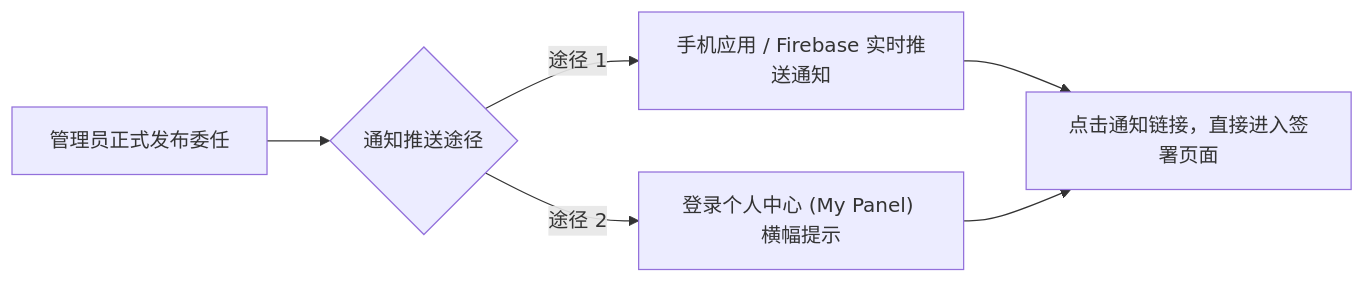
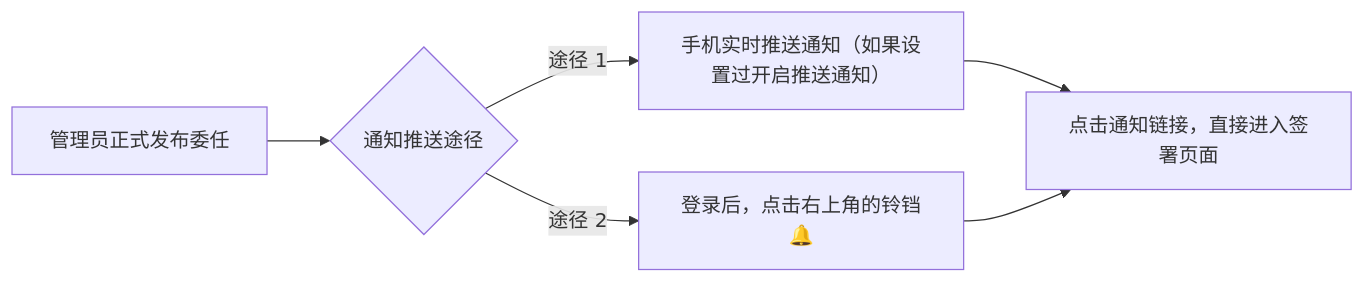
The first of 2 diagrams in docs/ma/05-member-acceptance-and-certificate.md (BKF521/pgy-docs), drawn with Mermaid before and after one commit. The commit also changed other lines of this file and 20 other files, not shown here.

````diff
--- a/docs/ma/05-member-acceptance-and-certificate.md
+++ b/docs/ma/05-member-acceptance-and-certificate.md
@@ -13,8 +11,8 @@
 ```mermaid
 graph LR
     A["管理员正式发布委任"] --> B{"通知推送途径"}
-    B -- "途径 1" --> C["手机应用 / Firebase 实时推送通知"]
-    B -- "途径 2" --> D["登录个人中心 (My Panel) 横幅提示"]
+    B -- "途径 1" --> C["手机实时推送通知（如果设置过开启推送通知）"]
+    B -- "途径 2" --> D["登录后，点击右上角的铃铛🔔"]
     C --> E["点击通知链接，直接进入签署页面"]
     D --> E
 ```
````
